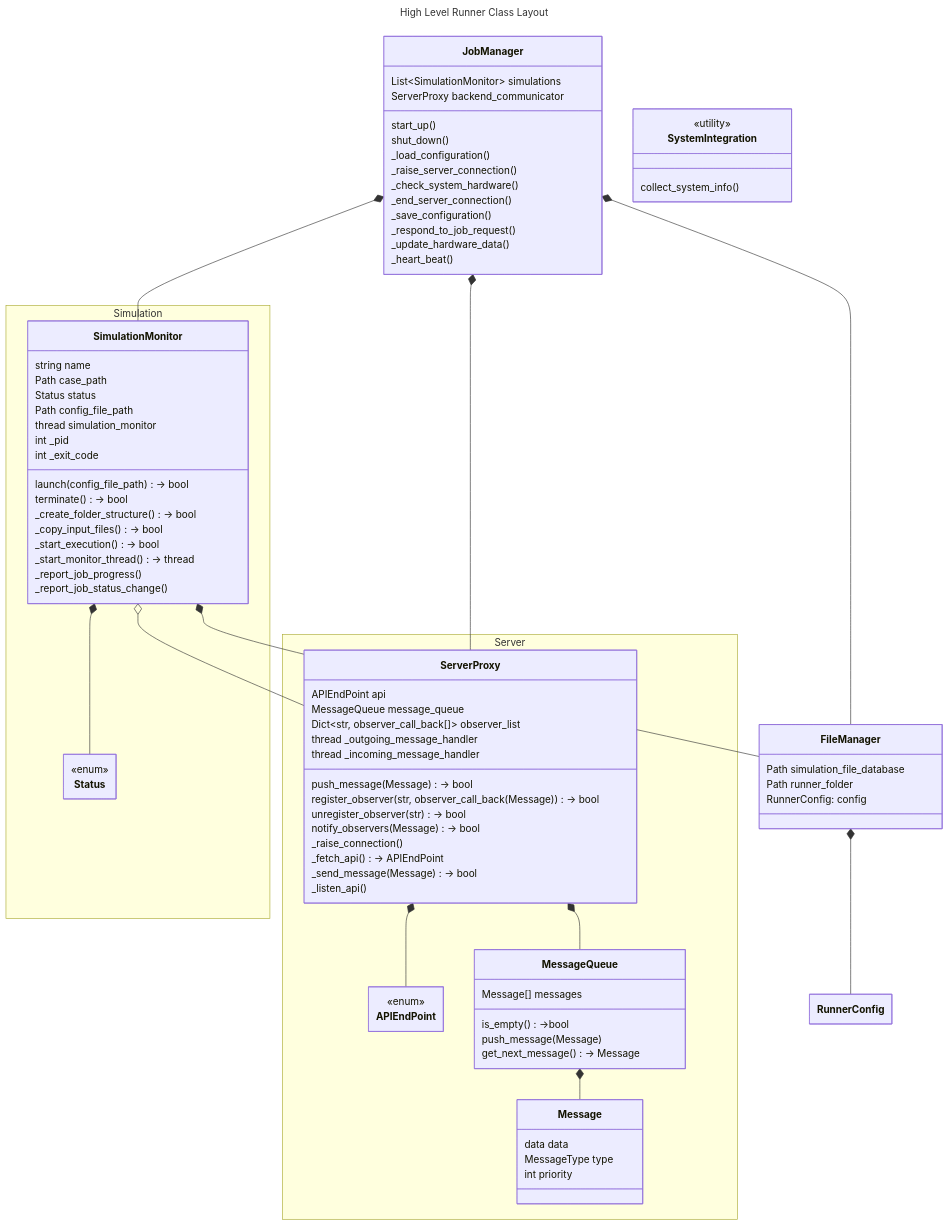
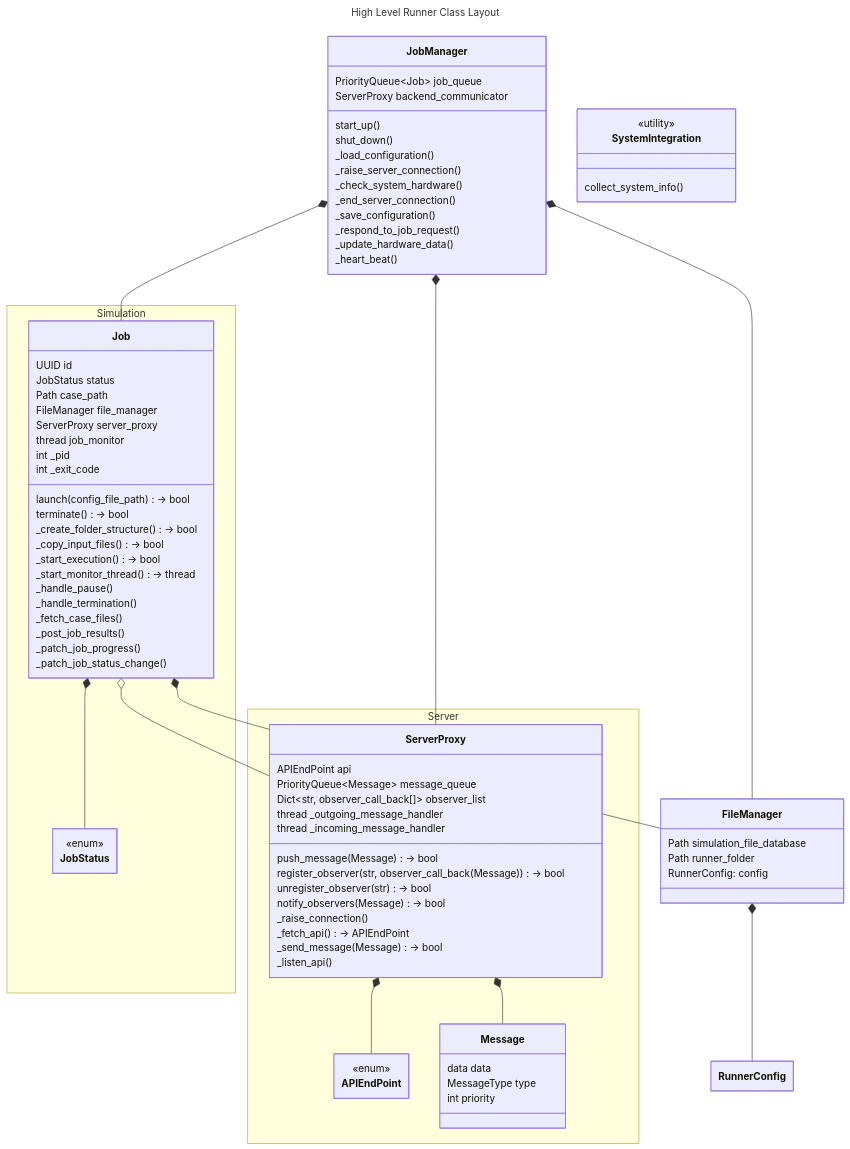
Before and after one commit to fyn-tech/fyn-runner: the diagram in docs/primary_design.md, drawn with Mermaid. The commit also changed 1 other file, not shown here.

Commit message:
- added job status. - updated primary design doc

```diff
--- a/docs/primary_design.md
+++ b/docs/primary_design.md
@@ -78,18 +78,17 @@
 classDiagram
 
   %% Relationships
-  JobManager *--SimulationMonitor
+  JobManager *--Job
   JobManager *--ServerProxy
   JobManager *-- FileManager
 
 
-  SimulationMonitor *-- FileManager
-  SimulationMonitor *-- Status
-  SimulationMonitor o-- ServerProxy
+  Job *-- FileManager
+  Job *-- JobStatus
+  Job o-- ServerProxy
 
   ServerProxy *-- APIEndPoint
-  ServerProxy *-- MessageQueue
-  MessageQueue *-- Message
+  ServerProxy *-- Message
 
   FileManager *-- RunnerConfig
 
@@ -98,7 +97,7 @@
   class JobManager {
     %% FIXME: Hardware/system info stuff is not in the job manager.
     %% Attributes:
-    List~SimulationMonitor~ simulations
+    PriorityQueue~Job~ job_queue
     ServerProxy backend_communicator
 
     %% Methods:
@@ -123,13 +122,15 @@
 
   namespace Simulation {
 
-    class SimulationMonitor {
+    class Job {
       %% Attributes:
-      string name
+      UUID id
+      JobStatus status
       Path case_path
-      Status status
-      Path config_file_path
-      thread simulation_monitor
+
+      FileManager file_manager
+      ServerProxy server_proxy
+      thread job_monitor
 
       int _pid
       int _exit_code
@@ -145,11 +146,15 @@
       _start_monitor_thread() -> thread
 
       %% API
-      _report_job_progress()
-      _report_job_status_change()
+      _handle_pause()
+      _handle_termination()
+      _fetch_case_files()
+      _post_job_results()
+      _patch_job_progress()
+      _patch_job_status_change()
     }
 
-    class Status {
+    class JobStatus {
       <<enum>>
     }
   }
@@ -165,7 +170,7 @@
     class ServerProxy {
       %% Attributes:
       APIEndPoint api
-      MessageQueue message_queue
+      PriorityQueue~Message~ message_queue
       Dict~str, observer_call_back[]~ observer_list
       thread _outgoing_message_handler
       thread _incoming_message_handler
@@ -187,14 +192,6 @@
       <<enum>>
     }
 
-    class MessageQueue {
-      Message[] messages
-
-      is_empty() ->bool
-      push_message(Message)
-      get_next_message() -> Message
-    }
-
     class Message {
       data data
       MessageType type
```
